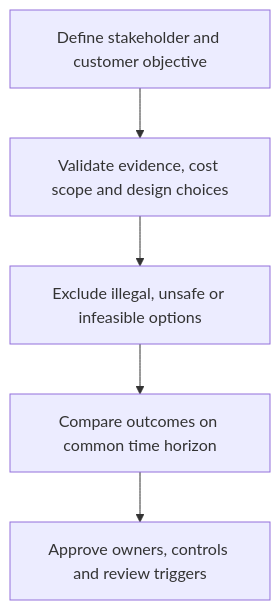
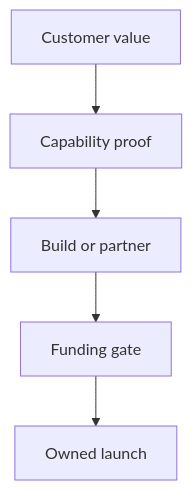
One commit to theleanx/SupplyChain-Design-Notes changed the diagram in 08-optimization-sustainability-technology/section-a-optimizing-supply-chain-strategy-and-tactics/04-business-plan-value-proposition-and-core-competencies.md. Above: the diagram before and after it, drawn with Mermaid. The commit also changed other lines of this file and 7 other files, not shown here.

````diff
--- a/08-optimization-sustainability-technology/section-a-optimizing-supply-chain-strategy-and-tactics/04-business-plan-value-proposition-and-core-competencies.md
+++ b/08-optimization-sustainability-technology/section-a-optimizing-supply-chain-strategy-and-tactics/04-business-plan-value-proposition-and-core-competencies.md
@@ -36,12 +36,12 @@
 ```mermaid
 flowchart TD
-    A[Define stakeholder and customer objective]
-    B[Validate evidence, cost scope and design choices]
-    C[Exclude illegal, unsafe or infeasible options]
-    D[Compare outcomes on common time horizon]
-    E[Approve owners, controls and review triggers]
+    A[Customer value]
+    B[Capability proof]
+    C[Build or partner]
+    D[Funding gate]
+    E[Owned launch]
     A --> B
     B --> C
     C --> D
     D --> E
 ```
````
